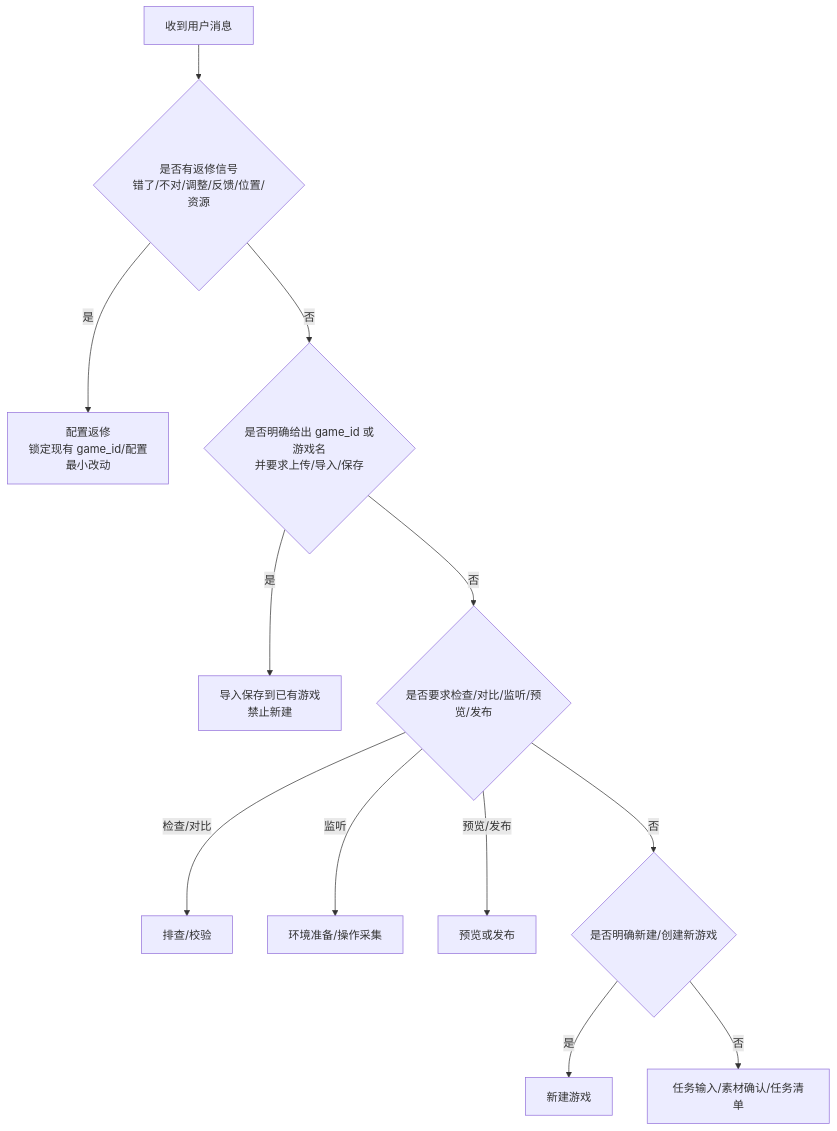
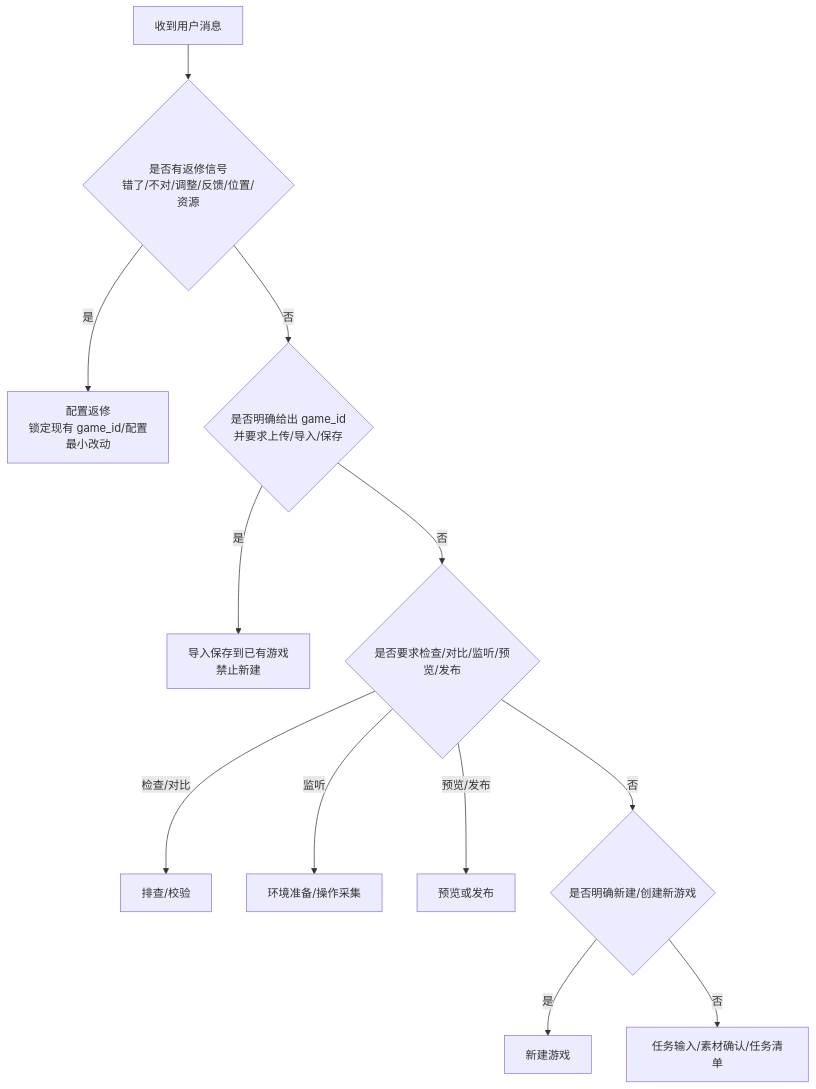
One commit to lupy19819/CoursewareMaker_Automation_Toolkit changed the third of 7 diagrams in docs/WORKFLOW_DEBUG_FLOWCHART.md. Above: the diagram before and after it, drawn with Mermaid. The commit also changed other lines of this file and 10 other files, not shown here.

````diff
--- a/docs/WORKFLOW_DEBUG_FLOWCHART.md
+++ b/docs/WORKFLOW_DEBUG_FLOWCHART.md
@@ -122,14 +122,14 @@
 ```mermaid
 flowchart TD
   A["收到用户消息"] --> B{"是否有返修信号\n错了/不对/调整/反馈/位置/资源"}
   B -->|"是"| C["配置返修\n锁定现有 game_id/配置\n最小改动"]
-  B -->|"否"| D{"是否明确给出 game_id 或游戏名\n并要求上传/导入/保存"}
+  B -->|"否"| D{"是否明确给出 game_id\n并要求上传/导入/保存"}
   D -->|"是"| E["导入保存到已有游戏\n禁止新建"]
   D -->|"否"| F{"是否要求检查/对比/监听/预览/发布"}
   F -->|"检查/对比"| G["排查/校验"]
   F -->|"监听"| H["环境准备/操作采集"]
   F -->|"预览/发布"| I["预览或发布"]
   F -->|"否"| J{"是否明确新建/创建新游戏"}
   J -->|"是"| K["新建游戏"]
   J -->|"否"| L["任务输入/素材确认/任务清单"]
 ```
````
